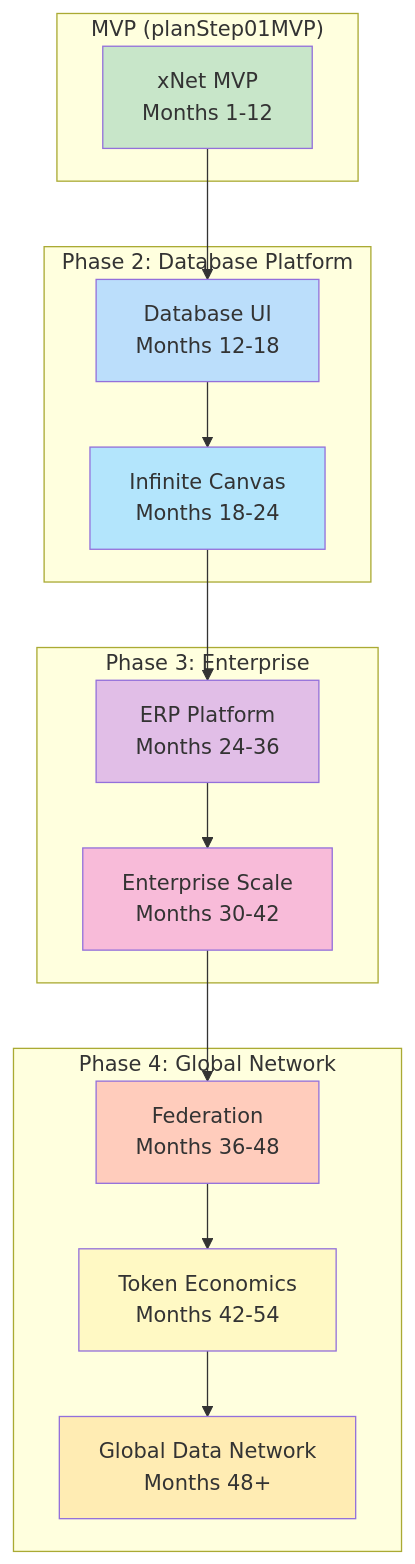
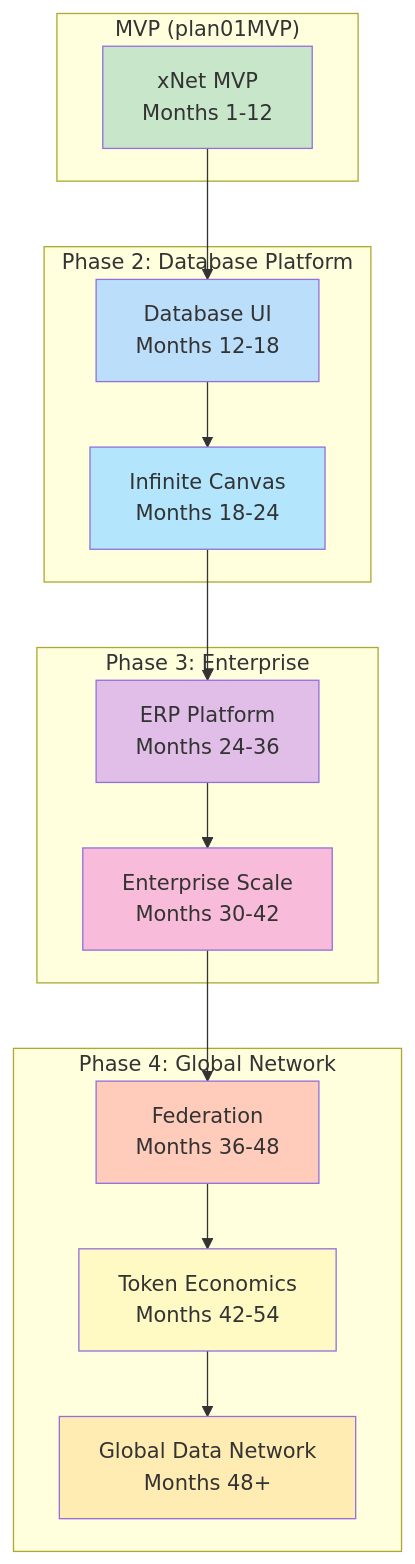
One commit to crs48/xNet changed the first of 11 diagrams in docs/plans/plan01MVP/17-next-steps.md. Above: the diagram before and after it, drawn with Mermaid. The commit also changed other lines of this file and 62 other files, not shown here.

````diff
--- a/docs/plans/plan01MVP/17-next-steps.md
+++ b/docs/plans/plan01MVP/17-next-steps.md
@@ -9,34 +9,34 @@
 ```mermaid
 flowchart TD
-    subgraph "MVP (planStep01MVP)"
+    subgraph "MVP (plan01MVP)"
         MVP["xNet MVP<br/>Months 1-12"]
     end
 
     subgraph "Phase 2: Database Platform"
         DB["Database UI<br/>Months 12-18"]
         CANVAS["Infinite Canvas<br/>Months 18-24"]
     end
 
     subgraph "Phase 3: Enterprise"
         ERP["ERP Platform<br/>Months 24-36"]
         SCALE["Enterprise Scale<br/>Months 30-42"]
     end
 
     subgraph "Phase 4: Global Network"
         FED["Federation<br/>Months 36-48"]
         TOKEN["Token Economics<br/>Months 42-54"]
         GLOBAL["Global Data Network<br/>Months 48+"]
     end
 
     MVP --> DB --> CANVAS --> ERP --> SCALE
     SCALE --> FED --> TOKEN --> GLOBAL
 
     style MVP fill:#c8e6c9
     style DB fill:#bbdefb
     style CANVAS fill:#b3e5fc
     style ERP fill:#e1bee7
     style SCALE fill:#f8bbd9
     style FED fill:#ffccbc
     style TOKEN fill:#fff9c4
     style GLOBAL fill:#ffecb3
 ```
````
